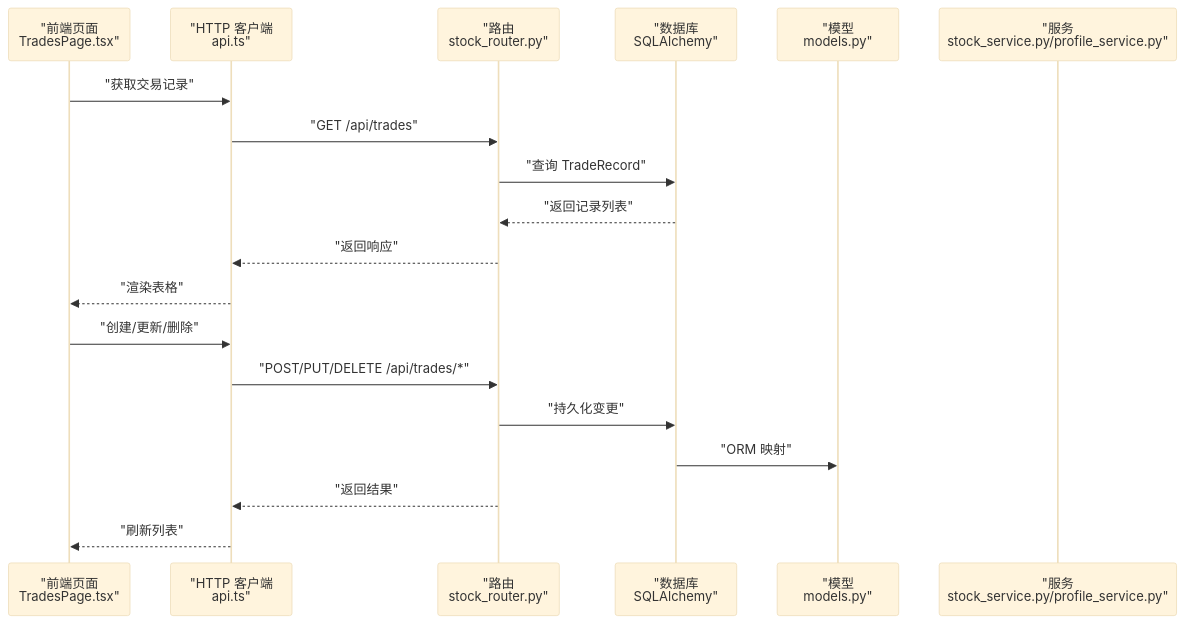
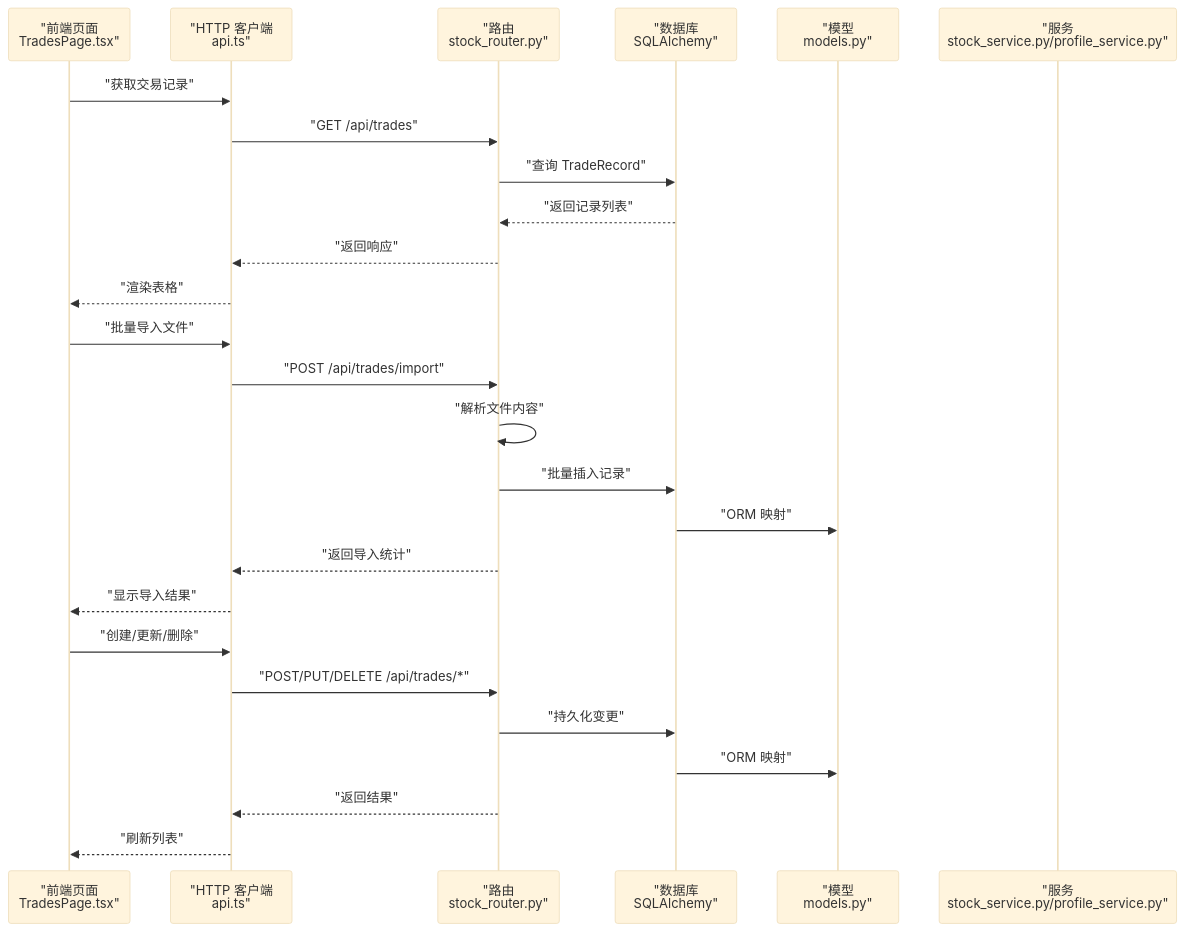
One commit to Moruime/stock_foker changed the second of 8 diagrams in .qoder/repowiki/zh/content/核心功能/交易记录管理.md. Above: the diagram before and after it, drawn with Mermaid (base theme). The commit also changed other lines of this file and 52 other files, not shown here.

````diff
--- a/.qoder/repowiki/zh/content/核心功能/交易记录管理.md
+++ b/.qoder/repowiki/zh/content/核心功能/交易记录管理.md
@@ -163,21 +117,28 @@
 ```mermaid
 sequenceDiagram
 participant FE as "前端页面<br/>TradesPage.tsx"
 participant API as "HTTP 客户端<br/>api.ts"
 participant Router as "路由<br/>stock_router.py"
 participant DB as "数据库<br/>SQLAlchemy"
 participant Model as "模型<br/>models.py"
 participant Service as "服务<br/>stock_service.py/profile_service.py"
 FE->>API : "获取交易记录"
 API->>Router : "GET /api/trades"
 Router->>DB : "查询 TradeRecord"
 DB-->>Router : "返回记录列表"
 Router-->>API : "返回响应"
 API-->>FE : "渲染表格"
+FE->>API : "批量导入文件"
+API->>Router : "POST /api/trades/import"
+Router->>Router : "解析文件内容"
+Router->>DB : "批量插入记录"
+DB->>Model : "ORM 映射"
+Router-->>API : "返回导入统计"
+API-->>FE : "显示导入结果"
 FE->>API : "创建/更新/删除"
 API->>Router : "POST/PUT/DELETE /api/trades/*"
 Router->>DB : "持久化变更"
 DB->>Model : "ORM 映射"
 Router-->>API : "返回结果"
 API-->>FE : "刷新列表"
 ```
````
